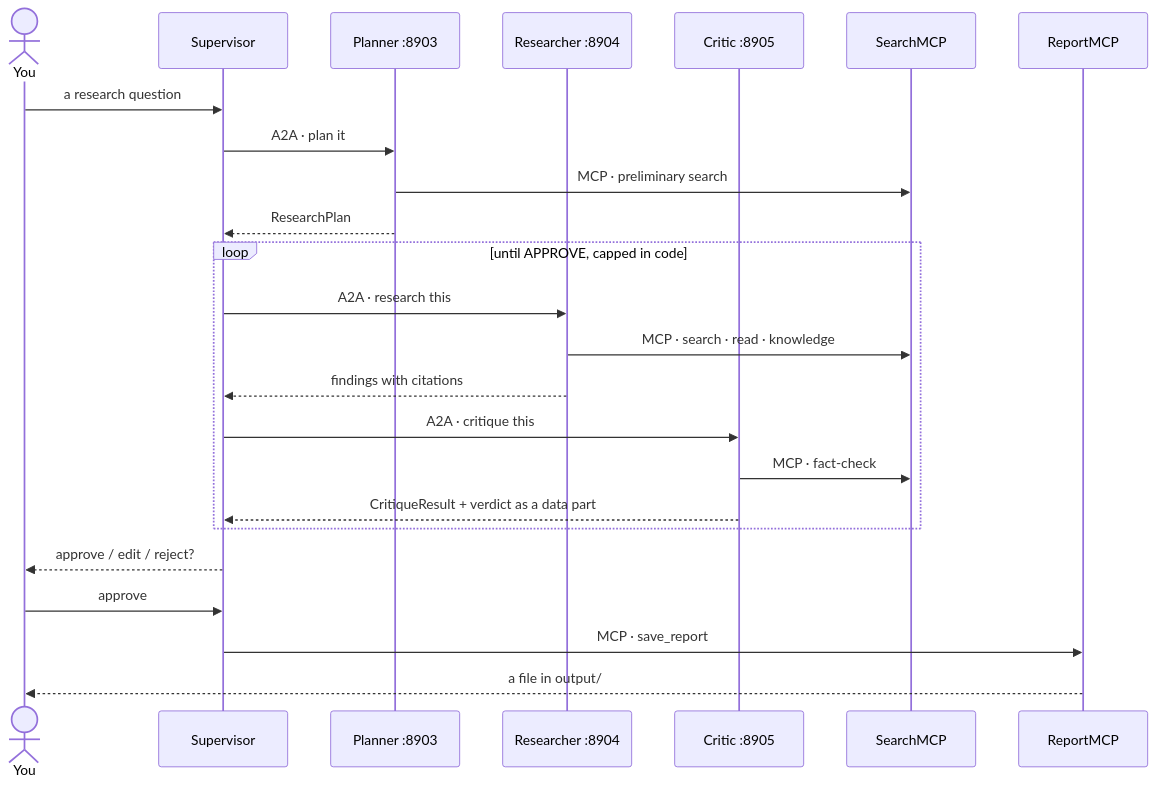
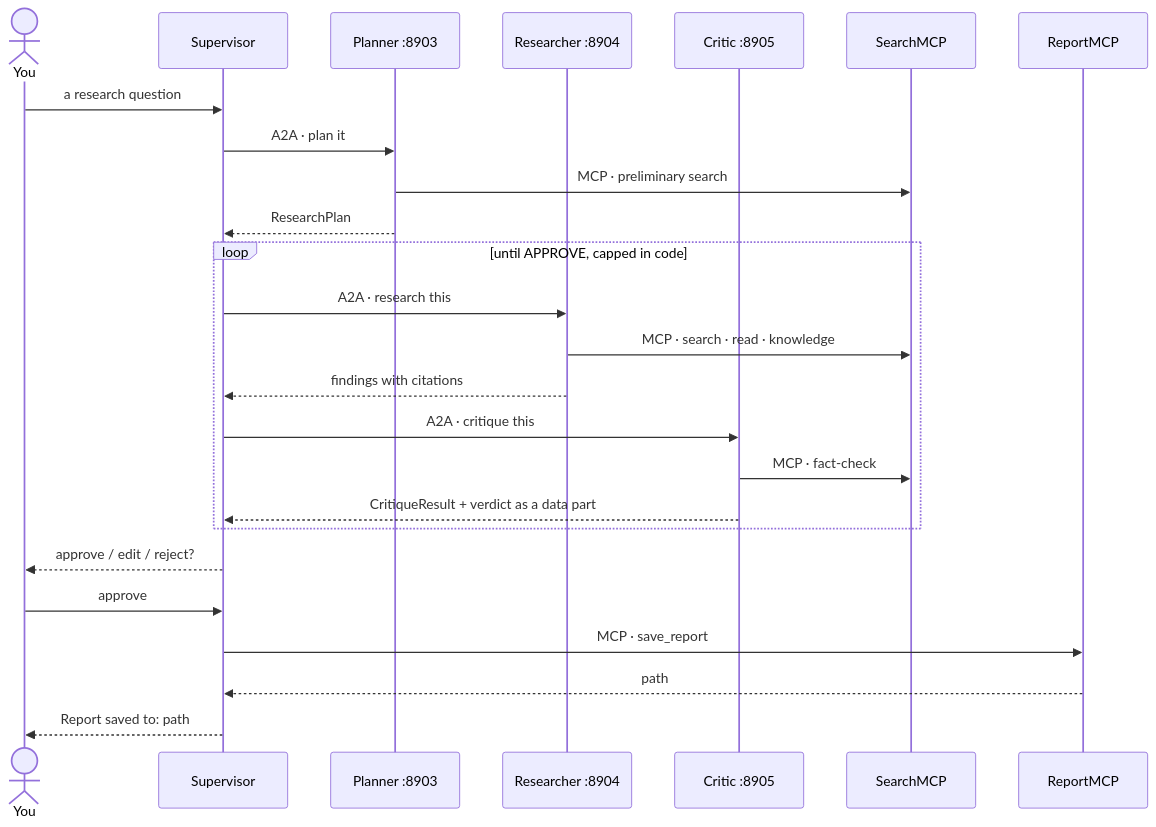
Before and after one commit to felkost/MA_systems_hl10: the second of 2 diagrams in README.md, drawn with Mermaid. The commit also changed other lines of this file and 18 other files, not shown here.

Commit message:
rewrite final report to 8-section structure, fix stale diagram and README scenario

````diff
--- a/README.md
+++ b/README.md
@@ -63,29 +63,30 @@
 ```mermaid
 sequenceDiagram
     actor You
     participant S as Supervisor
     participant P as Planner :8903
     participant R as Researcher :8904
     participant C as Critic :8905
     participant Search as SearchMCP
     participant Report as ReportMCP
 
     You->>S: a research question
     S->>P: A2A · plan it
     P->>Search: MCP · preliminary search
     P-->>S: ResearchPlan
 
     loop until APPROVE, capped in code
         S->>R: A2A · research this
         R->>Search: MCP · search · read · knowledge
         R-->>S: findings with citations
         S->>C: A2A · critique this
         C->>Search: MCP · fact-check
         C-->>S: CritiqueResult + verdict as a data part
     end
 
     S-->>You: approve / edit / reject?
     You->>S: approve
     S->>Report: MCP · save_report
-    Report-->>You: a file in output/
+    Report-->>S: path
+    S-->>You: Report saved to: path
 ```
````
